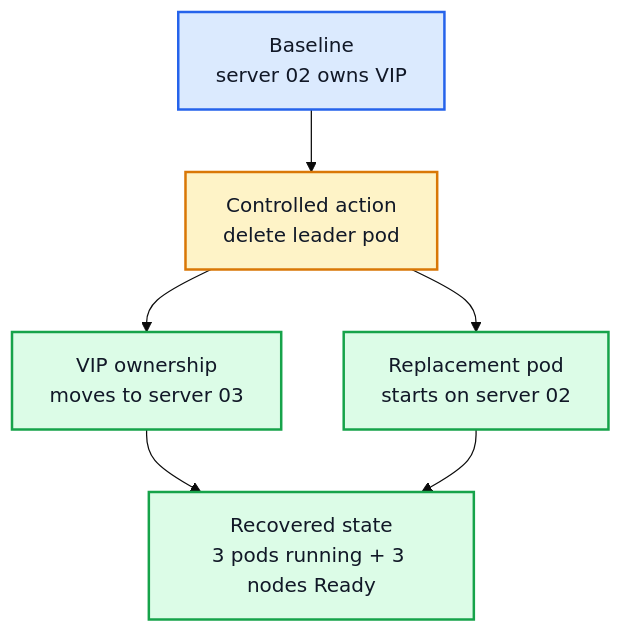
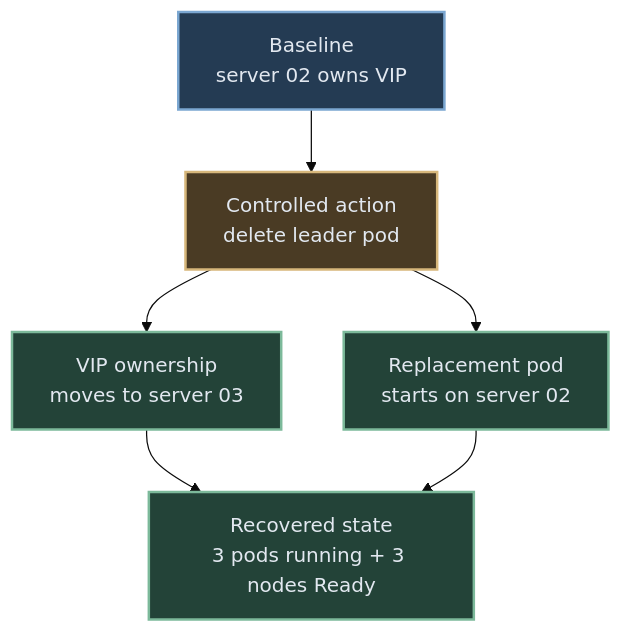
One commit to Capasiter/homelab-portfolio changed the second of 2 diagrams in README.md. Above: the diagram before and after it, drawn with Mermaid (base theme). The commit also changed other lines of this file, not shown here.

Commit message:
docs: match current diagram to the muted architecture palette

````diff
--- a/README.md
+++ b/README.md
@@ -132,22 +132,22 @@
 ```mermaid
 flowchart TD
     Before["Baseline<br/>server 02 owns VIP"]
     Action["Controlled action<br/>delete leader pod"]
     Move["VIP ownership<br/>moves to server 03"]
     Replace["Replacement pod<br/>starts on server 02"]
     Healthy["Recovered state<br/>3 pods running + 3 nodes Ready"]
 
     Before --> Action
     Action --> Move
     Action --> Replace
     Move --> Healthy
     Replace --> Healthy
 
-    classDef initial fill:#DBEAFE,stroke:#2563EB,color:#111827,stroke-width:2px,font-size:16px
-    classDef action fill:#FEF3C7,stroke:#D97706,color:#111827,stroke-width:2px,font-size:16px
-    classDef healthy fill:#DCFCE7,stroke:#16A34A,color:#111827,stroke-width:2px,font-size:16px
+    classDef initial fill:#243b53,stroke:#7ba7d1,color:#e2e8f0,stroke-width:2px,font-size:16px
+    classDef action fill:#4a3b24,stroke:#d7b77b,color:#e2e8f0,stroke-width:2px,font-size:16px
+    classDef healthy fill:#234338,stroke:#7cb99a,color:#e2e8f0,stroke-width:2px,font-size:16px
 
     class Before initial
     class Action action
     class Move,Replace,Healthy healthy
 ```
````
